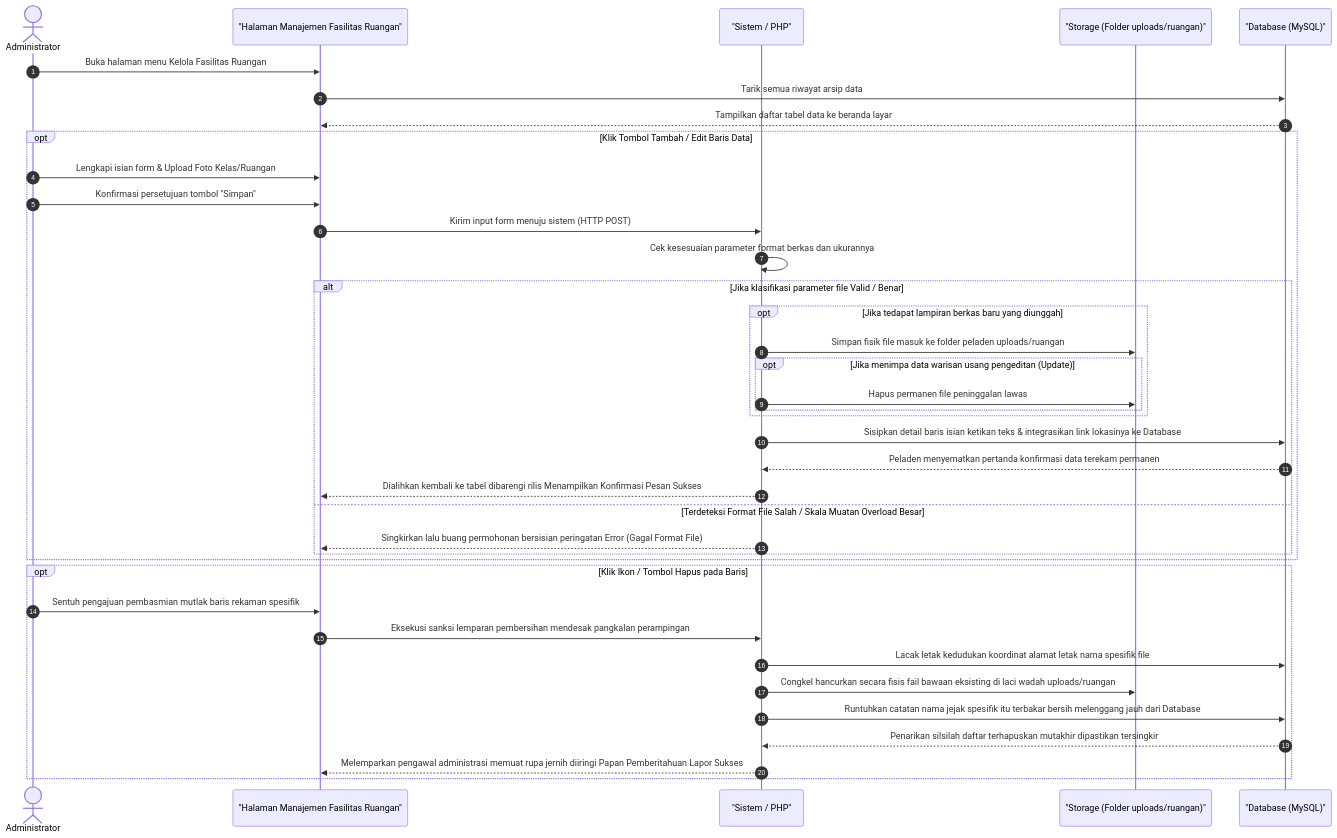
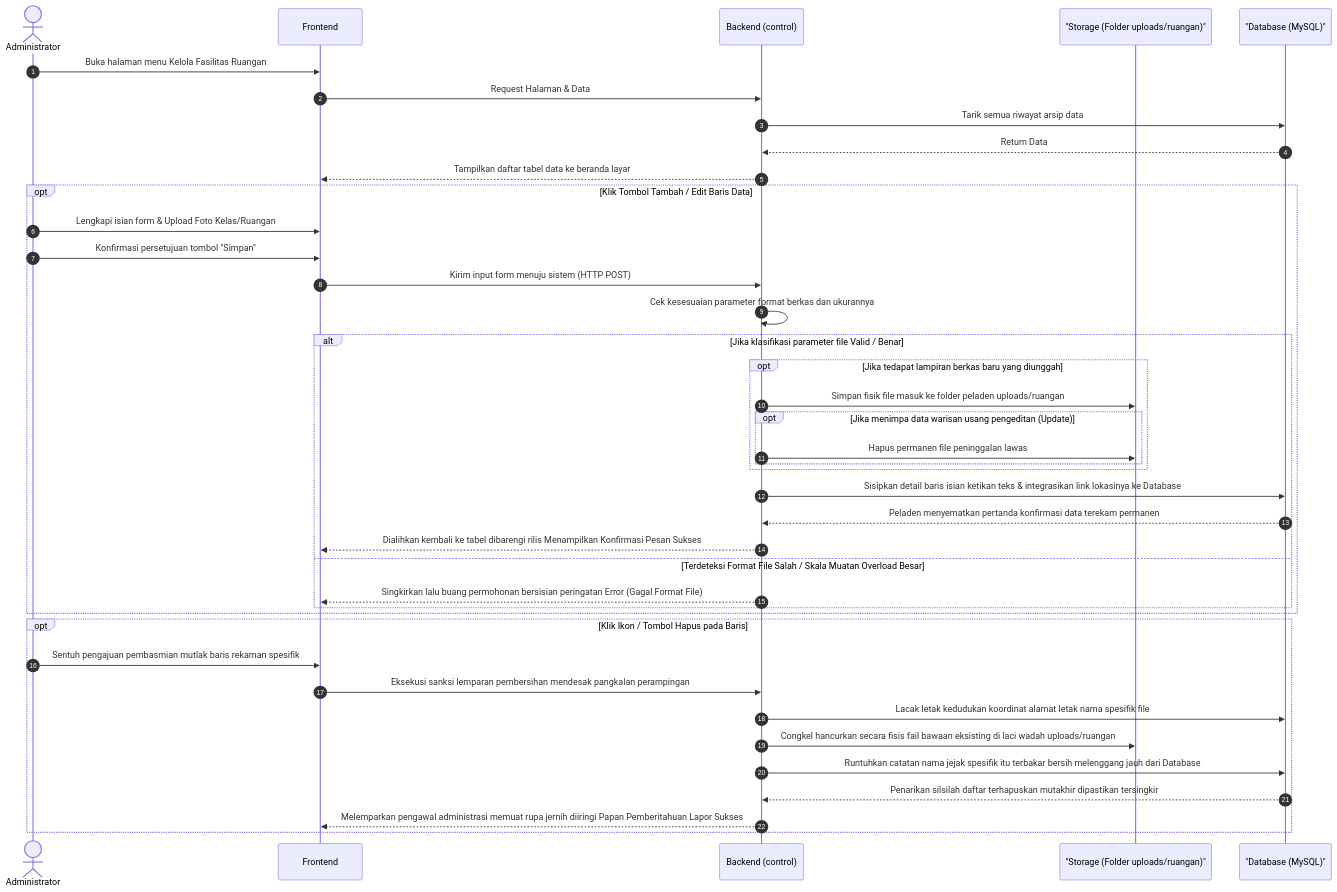
Before and after one commit to arbain-dev/Web_fikom: the fifth of 17 diagrams in docs/kumpulan_sequence_backend.md, drawn with Mermaid. The commit also changed other lines of this file and 1 other file, not shown here.

Commit message:
docs: standardisasi arsitektur 3 tier (Frontend, Backend, DB) pada seluruh sequence diagram backend

````diff
--- a/docs/kumpulan_sequence_backend.md
+++ b/docs/kumpulan_sequence_backend.md
@@ -180,48 +186,50 @@
 ```mermaid
 sequenceDiagram
     autonumber
     actor Admin as Administrator
-    participant View as "Halaman Manajemen Fasilitas Ruangan"
-    participant System as "Sistem / PHP"
+    participant Frontend
+    participant Backend as Backend (control)
     participant Server as "Storage (Folder uploads/ruangan)"
     participant DB as "Database (MySQL)"
 
-    Admin->>View: Buka halaman menu Kelola Fasilitas Ruangan
-    View->>DB: Tarik semua riwayat arsip data
-    DB-->>View: Tampilkan daftar tabel data ke beranda layar
+    Admin->>Frontend: Buka halaman menu Kelola Fasilitas Ruangan
+    Frontend->>Backend: Request Halaman & Data
+    Backend->>DB: Tarik semua riwayat arsip data
+    DB-->>Backend: Return Data
+    Backend-->>Frontend: Tampilkan daftar tabel data ke beranda layar
 
     %% Proses Tambah / Edit
     opt Klik Tombol Tambah / Edit Baris Data
-        Admin->>View: Lengkapi isian form & Upload Foto Kelas/Ruangan
-        Admin->>View: Konfirmasi persetujuan tombol "Simpan"
-        View->>System: Kirim input form menuju sistem (HTTP POST)
+        Admin->>Frontend: Lengkapi isian form & Upload Foto Kelas/Ruangan
+        Admin->>Frontend: Konfirmasi persetujuan tombol "Simpan"
+        Frontend->>Backend: Kirim input form menuju sistem (HTTP POST)
 
-        System->>System: Cek kesesuaian parameter format berkas dan ukurannya
+        Backend->>Backend: Cek kesesuaian parameter format berkas dan ukurannya
         
         alt Jika klasifikasi parameter file Valid / Benar
             opt Jika tedapat lampiran berkas baru yang diunggah
-                System->>Server: Simpan fisik file masuk ke folder peladen uploads/ruangan
+                Backend->>Server: Simpan fisik file masuk ke folder peladen uploads/ruangan
                 opt Jika menimpa data warisan usang pengeditan (Update)
-                    System->>Server: Hapus permanen file peninggalan lawas
+                    Backend->>Server: Hapus permanen file peninggalan lawas
                 end
             end
             
-            System->>DB: Sisipkan detail baris isian ketikan teks & integrasikan link lokasinya ke Database
-            DB-->>System: Peladen menyematkan pertanda konfirmasi data terekam permanen
-            System-->>View: Dialihkan kembali ke tabel dibarengi rilis Menampilkan Konfirmasi Pesan Sukses
+            Backend->>DB: Sisipkan detail baris isian ketikan teks & integrasikan link lokasinya ke Database
+            DB-->>Backend: Peladen menyematkan pertanda konfirmasi data terekam permanen
+            Backend-->>Frontend: Dialihkan kembali ke tabel dibarengi rilis Menampilkan Konfirmasi Pesan Sukses
         else Terdeteksi Format File Salah / Skala Muatan Overload Besar
-            System-->>View: Singkirkan lalu buang permohonan bersisian peringatan Error (Gagal Format File)
+            Backend-->>Frontend: Singkirkan lalu buang permohonan bersisian peringatan Error (Gagal Format File)
         end
     end
 
     %% Proses Hapus
     opt Klik Ikon / Tombol Hapus pada Baris
-        Admin->>View: Sentuh pengajuan pembasmian mutlak baris rekaman spesifik
-        View->>System: Eksekusi sanksi lemparan pembersihan mendesak pangkalan perampingan
-        System->>DB: Lacak letak kedudukan koordinat alamat letak nama spesifik file 
-        System->>Server: Congkel hancurkan secara fisis fail bawaan eksisting di laci wadah uploads/ruangan
-        System->>DB: Runtuhkan catatan nama jejak spesifik itu terbakar bersih melenggang jauh dari Database
-        DB-->>System: Penarikan silsilah daftar terhapuskan mutakhir dipastikan tersingkir
-        System-->>View: Melemparkan pengawal administrasi memuat rupa jernih diiringi Papan Pemberitahuan Lapor Sukses 
+        Admin->>Frontend: Sentuh pengajuan pembasmian mutlak baris rekaman spesifik
+        Frontend->>Backend: Eksekusi sanksi lemparan pembersihan mendesak pangkalan perampingan
+        Backend->>DB: Lacak letak kedudukan koordinat alamat letak nama spesifik file 
+        Backend->>Server: Congkel hancurkan secara fisis fail bawaan eksisting di laci wadah uploads/ruangan
+        Backend->>DB: Runtuhkan catatan nama jejak spesifik itu terbakar bersih melenggang jauh dari Database
+        DB-->>Backend: Penarikan silsilah daftar terhapuskan mutakhir dipastikan tersingkir
+        Backend-->>Frontend: Melemparkan pengawal administrasi memuat rupa jernih diiringi Papan Pemberitahuan Lapor Sukses 
     end
 ```
````
